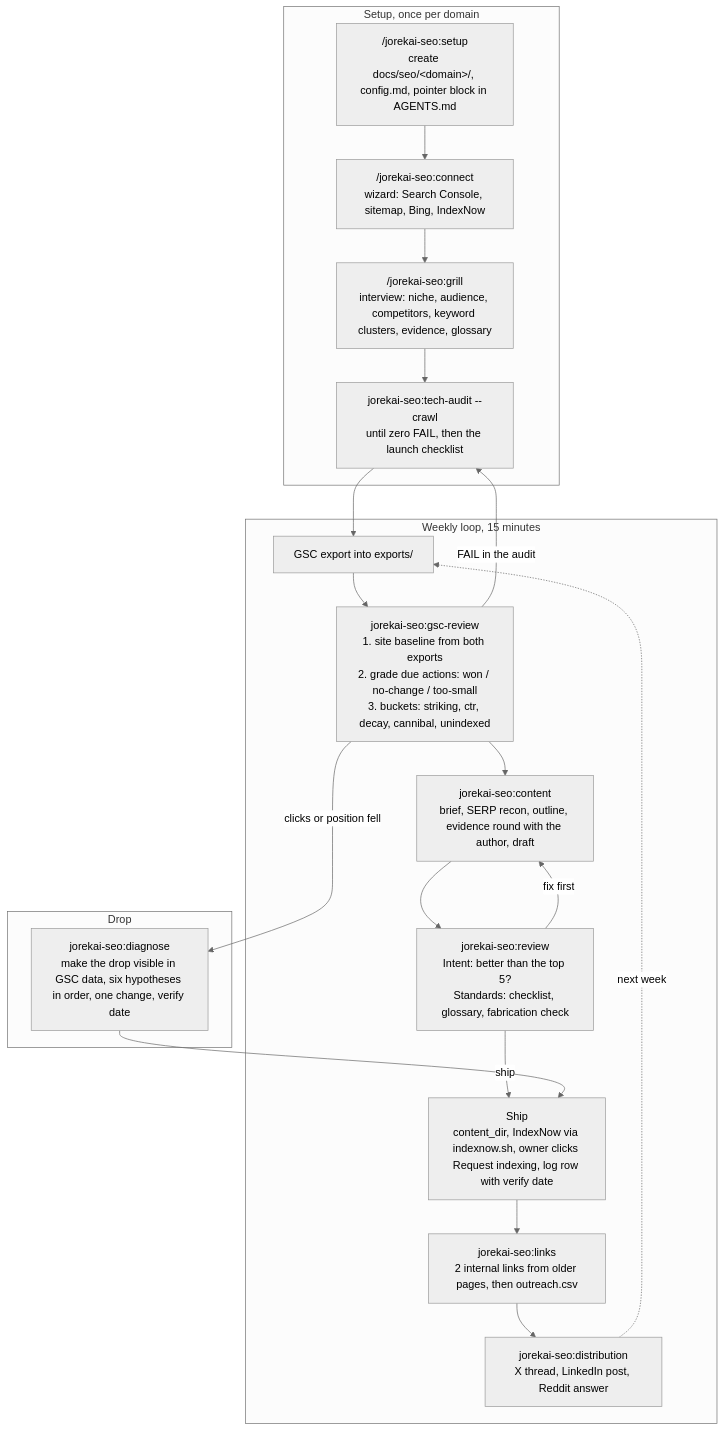
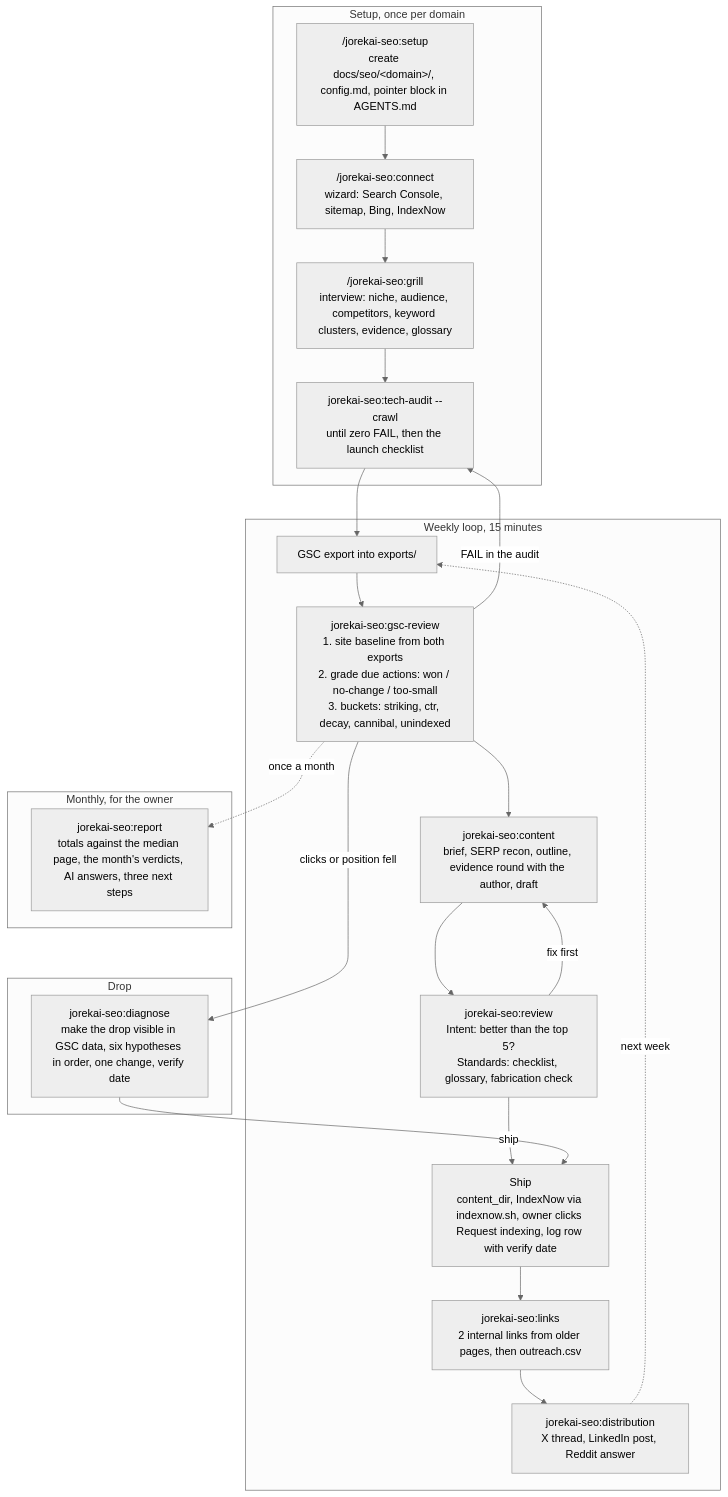
Before and after one commit to jorekai/jorekai-skills: the diagram in README.md, drawn with Mermaid (neutral theme). The commit also changed other lines of this file and 17 other files, not shown here.

First line of the commit message:
feat: a monthly report for the owner, and AI answers in it

````diff
--- a/README.md
+++ b/README.md
@@ -25,33 +25,38 @@
 ```mermaid
 flowchart TD
     subgraph E["Setup, once per domain"]
         S1["/jorekai-seo:setup<br/>create docs/seo/&lt;domain&gt;/, config.md, pointer block in AGENTS.md"]
         S2["/jorekai-seo:connect<br/>wizard: Search Console, sitemap, Bing, IndexNow"]
         S3["/jorekai-seo:grill<br/>interview: niche, audience, competitors, keyword clusters, evidence, glossary"]
         S4["jorekai-seo:tech-audit --crawl<br/>until zero FAIL, then the launch checklist"]
         S1 --> S2 --> S3 --> S4
     end
 
     subgraph W["Weekly loop, 15 minutes"]
         W0["GSC export into exports/"]
         W1["jorekai-seo:gsc-review<br/>1. site baseline from both exports<br/>2. grade due actions: won / no-change / too-small<br/>3. buckets: striking, ctr, decay, cannibal, unindexed"]
         W2["jorekai-seo:content<br/>brief, SERP recon, outline, evidence round with the author, draft"]
         W3["jorekai-seo:review<br/>Intent: better than the top 5?<br/>Standards: checklist, glossary, fabrication check"]
         W4["Ship<br/>content_dir, IndexNow via indexnow.sh, owner clicks Request indexing, log row with verify date"]
         W5["jorekai-seo:links<br/>2 internal links from older pages, then outreach.csv"]
         W6["jorekai-seo:distribution<br/>X thread, LinkedIn post, Reddit answer"]
         W0 --> W1 --> W2 --> W3
         W3 -- "fix first" --> W2
         W3 -- "ship" --> W4 --> W5 --> W6
         W6 -. "next week" .-> W0
     end
 
+    subgraph M["Monthly, for the owner"]
+        M1["jorekai-seo:report<br/>totals against the median page, the month's verdicts, AI answers, three next steps"]
+    end
+
     subgraph D["Drop"]
         D1["jorekai-seo:diagnose<br/>make the drop visible in GSC data, six hypotheses in order, one change, verify date"]
     end
 
     S4 --> W0
+    W1 -. "once a month" .-> M1
     W1 -- "clicks or position fell" --> D1
     D1 --> W4
     W1 -- "FAIL in the audit" --> S4
 ```
````
